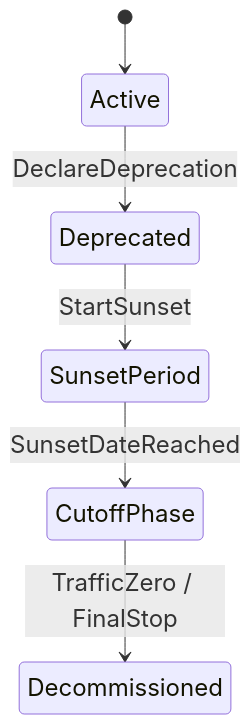
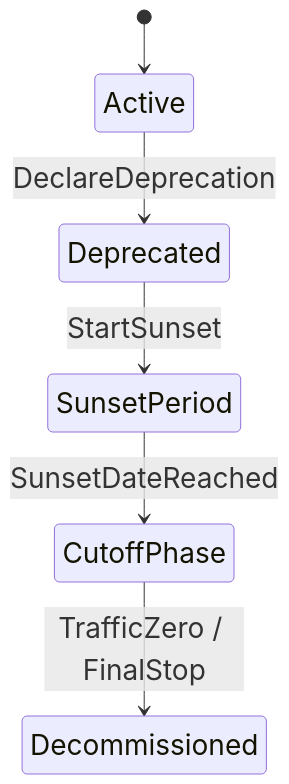
The second of 2 diagrams in skills/backend/universal/api/product-management/references/api-strategy.md (j4flmao/agent-skills), drawn with Mermaid before and after one commit. The commit also changed other lines of this file and 826 other files, not shown here.

Commit message:
style(skills): Revert to TD layout and add useMaxWidth=false to prevent Mermaid diagram compression

````diff
--- a/skills/backend/universal/api/product-management/references/api-strategy.md
+++ b/skills/backend/universal/api/product-management/references/api-strategy.md
@@ -163,9 +163,9 @@
 ```mermaid
-%%{init: {"theme": "default", "themeVariables": {"fontSize": "24px"}}}%%
+%%{init: {"theme": "default", "themeVariables": {"fontSize": "28px"}, "flowchart": {"useMaxWidth": false}}}%%
 stateDiagram-v2
     [*] --> Active
     Active --> Deprecated : DeclareDeprecation
     Deprecated --> SunsetPeriod : StartSunset
     SunsetPeriod --> CutoffPhase : SunsetDateReached
     CutoffPhase --> Decommissioned : TrafficZero / FinalStop
 ```
````
